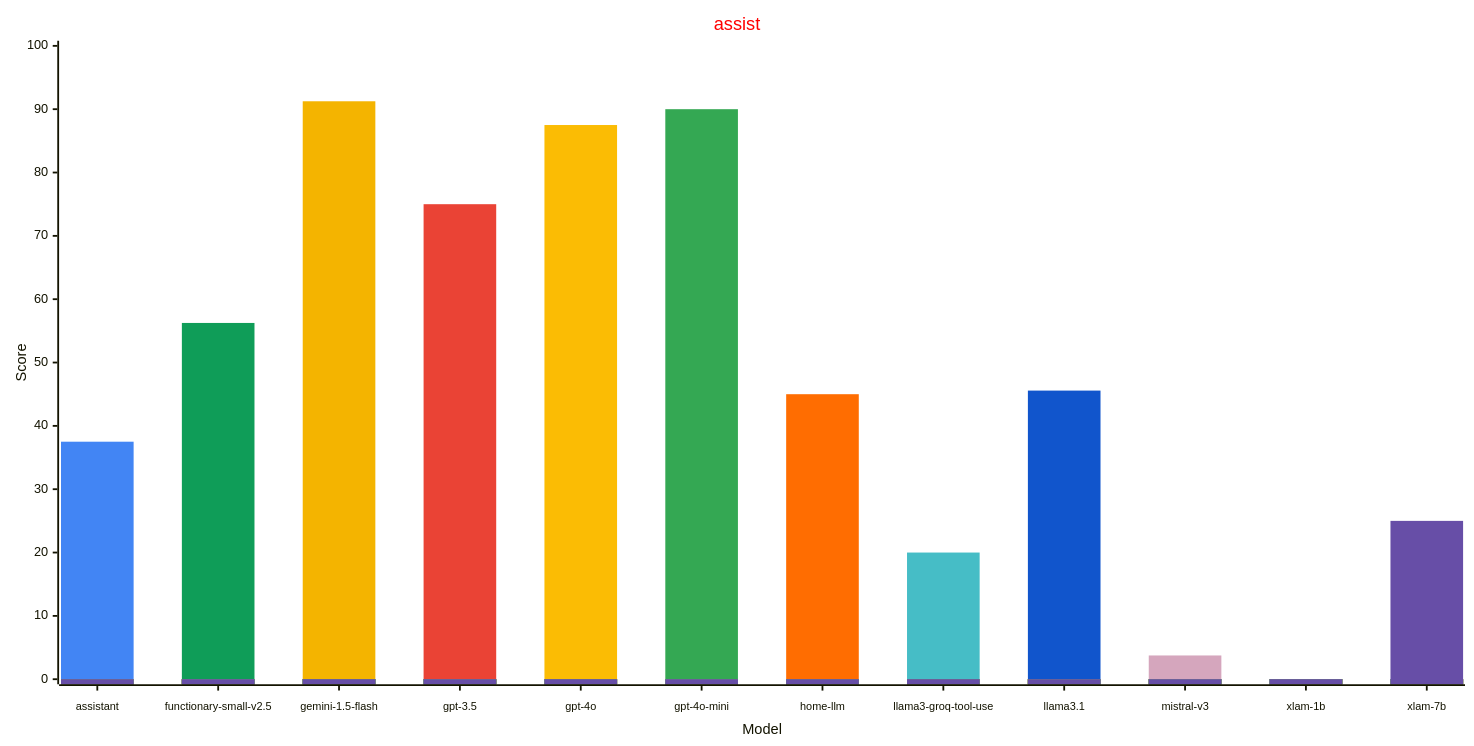
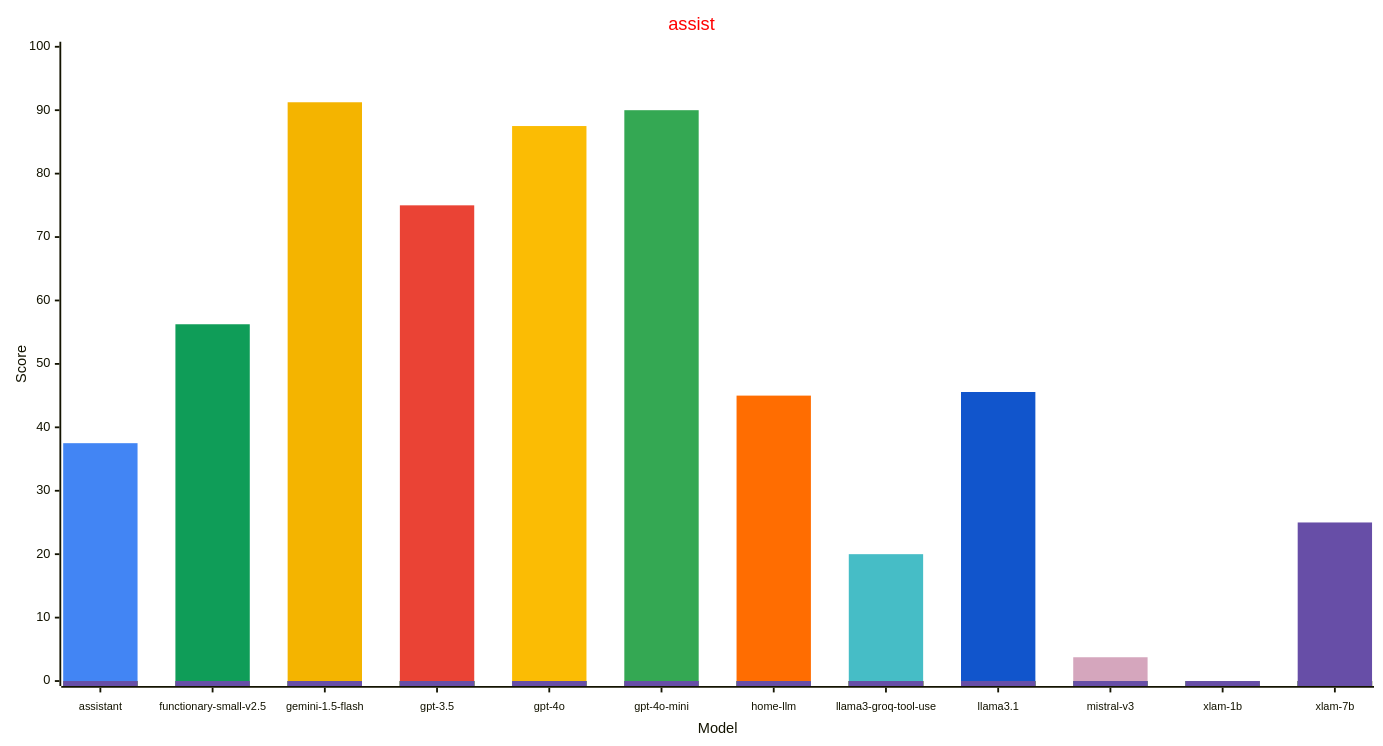
Before and after one commit to allenporter/home-assistant-datasets: the first of 3 diagrams in reports/leaderboard.md, drawn with Mermaid. The commit also changed other lines of this file and 1 other file, not shown here.

Commit message:
Adjust fonts and labels for bar chart

````diff
--- a/reports/leaderboard.md
+++ b/reports/leaderboard.md
@@ -16,32 +16,32 @@
 ```mermaid
 ---
 config:
     xyChart:
-        width: 1600
+        width: 1500
         height: 800
         xAxis:
           labelFontSize: 12
-          labelPadding: 10
+          labelPadding: 8
     themeVariables:
         xyChart:
             titleColor: "#ff0000"
             plotColorPalette: "#4285f4, #0F9D58, #f4b400, #ea4335, #fbbc04, #34a853, #ff6d01, #46bdc6, #1155cc, #d5a6bd, #6aa84f, #674ea7"
 
 ---
 xychart-beta
   title "assist"
   x-axis "Model" [assistant, functionary-small-v2.5, gemini-1.5-flash, gpt-3.5, gpt-4o, gpt-4o-mini, home-llm, llama3-groq-tool-use, llama3.1, mistral-v3, xlam-1b, xlam-7b]
   y-axis "Score" 0 --> 100
   bar [37.5, 0, 0, 0, 0, 0, 0, 0, 0, 0, 0, 0]
   bar [0, 56.25, 0, 0, 0, 0, 0, 0, 0, 0, 0, 0]
   bar [0, 0, 91.25, 0, 0, 0, 0, 0, 0, 0, 0, 0]
   bar [0, 0, 0, 75.0, 0, 0, 0, 0, 0, 0, 0, 0]
   bar [0, 0, 0, 0, 87.5, 0, 0, 0, 0, 0, 0, 0]
   bar [0, 0, 0, 0, 0, 90.0, 0, 0, 0, 0, 0, 0]
   bar [0, 0, 0, 0, 0, 0, 45.0, 0, 0, 0, 0, 0]
   bar [0, 0, 0, 0, 0, 0, 0, 20.0, 0, 0, 0, 0]
   bar [0, 0, 0, 0, 0, 0, 0, 0, 45.57, 0, 0, 0]
   bar [0, 0, 0, 0, 0, 0, 0, 0, 0, 3.75, 0, 0]
   bar [0, 0, 0, 0, 0, 0, 0, 0, 0, 0, 0, 0]
   bar [0, 0, 0, 0, 0, 0, 0, 0, 0, 0, 0, 25.0]
 ```
````
